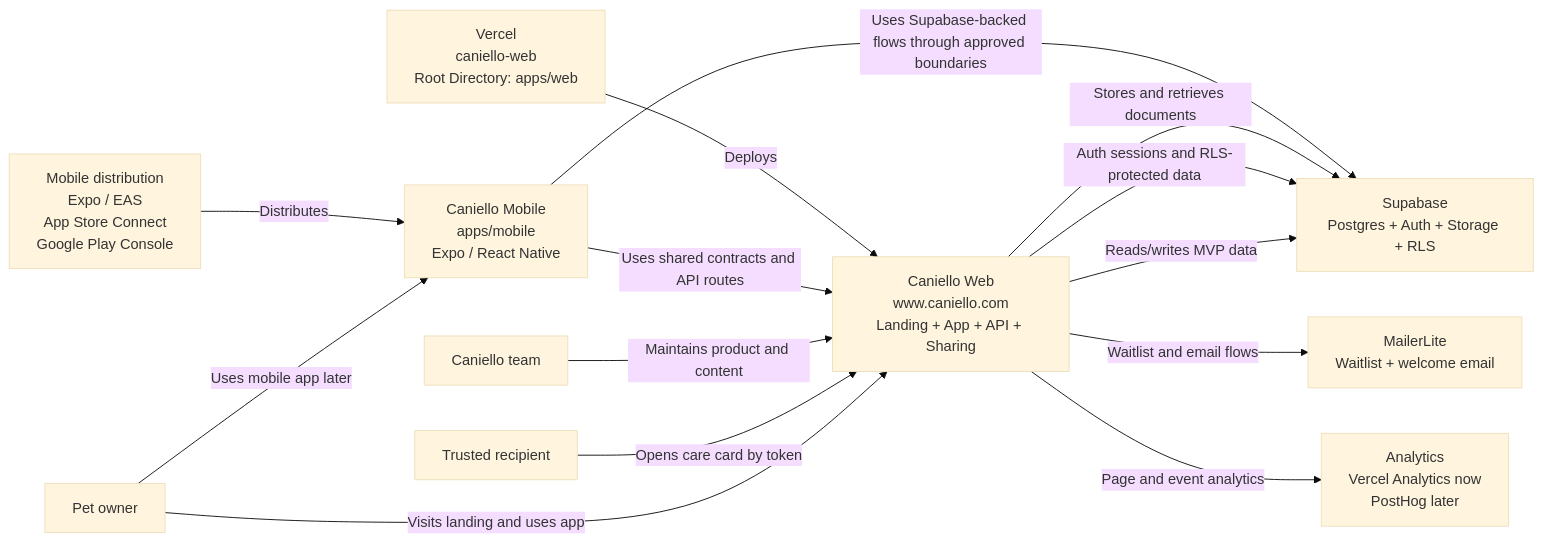
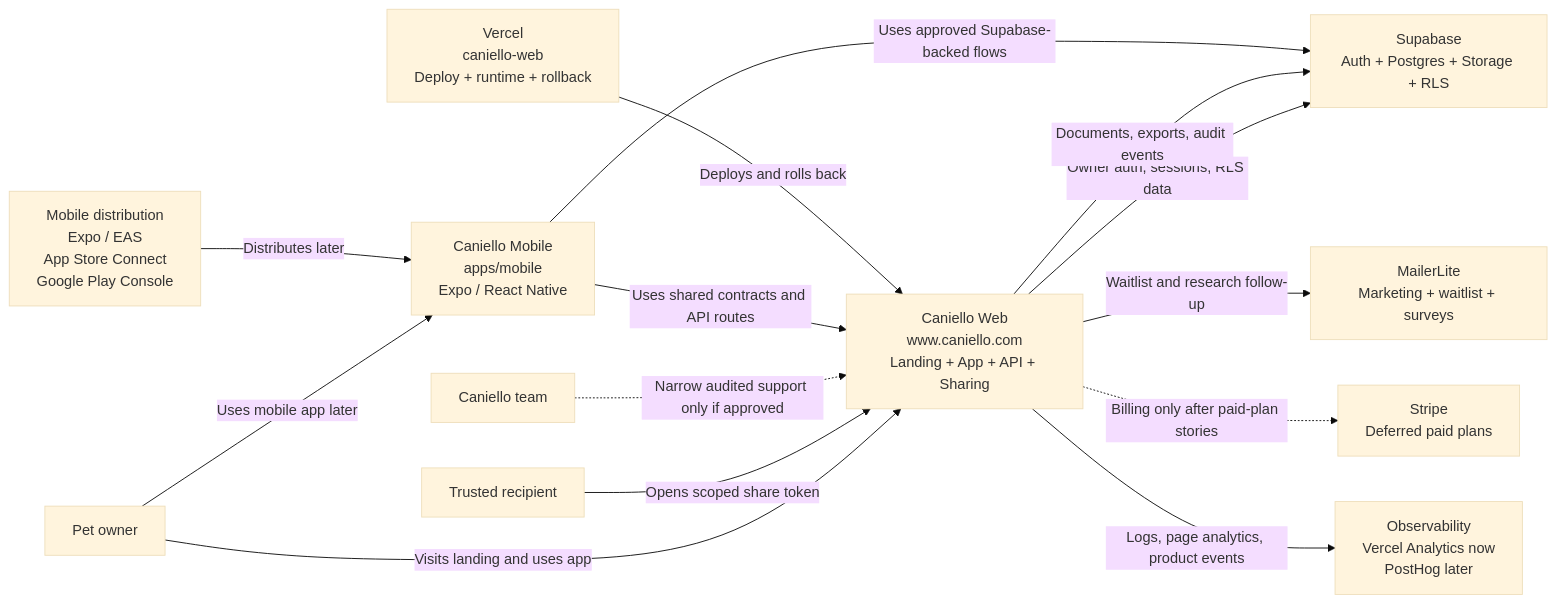
Before and after one commit to maciejgos/caniello: the first of 5 diagrams in spec/architecture/mvp-target-architecture.md, drawn with Mermaid (base theme). The commit also changed other lines of this file and 14 other files, not shown here.

First line of the commit message:
Add draft architecture decision records for AI document intake, sharing tokens, email marketing, observability, and payment deferral

````diff
--- a/spec/architecture/mvp-target-architecture.md
+++ b/spec/architecture/mvp-target-architecture.md
@@ -35,32 +44,33 @@
 ```mermaid
 flowchart LR
   owner["Pet owner"]
   trusted["Trusted recipient"]
   operator["Caniello team"]
 
-  web["Caniello Web\nwww.caniello.com\nLanding + App + API + Sharing"]
-  mobile["Caniello Mobile\napps/mobile\nExpo / React Native"]
+  web["Caniello Web<br/>www.caniello.com<br/>Landing + App + API + Sharing"]
+  mobile["Caniello Mobile<br/>apps/mobile<br/>Expo / React Native"]
 
-  supabase["Supabase\nPostgres + Auth + Storage + RLS"]
-  mailerlite["MailerLite\nWaitlist + welcome email"]
-  analytics["Analytics\nVercel Analytics now\nPostHog later"]
-  vercel["Vercel\ncaniello-web\nRoot Directory: apps/web"]
-  stores["Mobile distribution\nExpo / EAS\nApp Store Connect\nGoogle Play Console"]
+  supabase["Supabase<br/>Auth + Postgres + Storage + RLS"]
+  mailerlite["MailerLite<br/>Marketing + waitlist + surveys"]
+  stripe["Stripe<br/>Deferred paid plans"]
+  analytics["Observability<br/>Vercel Analytics now<br/>PostHog later"]
+  vercel["Vercel<br/>caniello-web<br/>Deploy + runtime + rollback"]
+  stores["Mobile distribution<br/>Expo / EAS<br/>App Store Connect<br/>Google Play Console"]
 
   owner -->|"Visits landing and uses app"| web
   owner -->|"Uses mobile app later"| mobile
-  trusted -->|"Opens care card by token"| web
-  operator -->|"Maintains product and content"| web
+  trusted -->|"Opens scoped share token"| web
+  operator -.->|"Narrow audited support only if approved"| web
 
-  web -->|"Reads/writes MVP data"| supabase
-  web -->|"Auth sessions and RLS-protected data"| supabase
-  web -->|"Stores and retrieves documents"| supabase
-  web -->|"Waitlist and email flows"| mailerlite
-  web -->|"Page and event analytics"| analytics
+  web -->|"Owner auth, sessions, RLS data"| supabase
+  web -->|"Documents, exports, audit events"| supabase
+  web -->|"Waitlist and research follow-up"| mailerlite
+  web -.->|"Billing only after paid-plan stories"| stripe
+  web -->|"Logs, page analytics, product events"| analytics
 
   mobile -->|"Uses shared contracts and API routes"| web
-  mobile -->|"Uses Supabase-backed flows through approved boundaries"| supabase
+  mobile -->|"Uses approved Supabase-backed flows"| supabase
 
-  vercel -->|"Deploys"| web
-  stores -->|"Distributes"| mobile
+  vercel -->|"Deploys and rolls back"| web
+  stores -->|"Distributes later"| mobile
 ```
````
